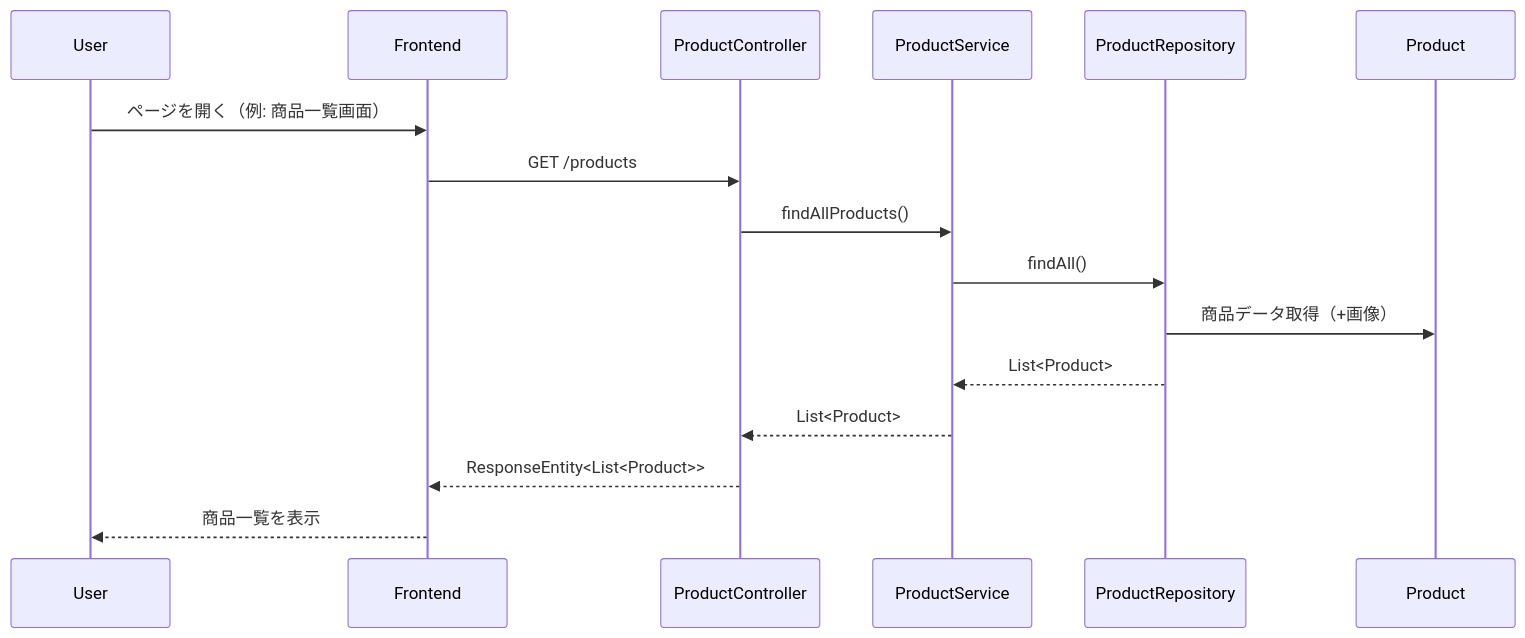
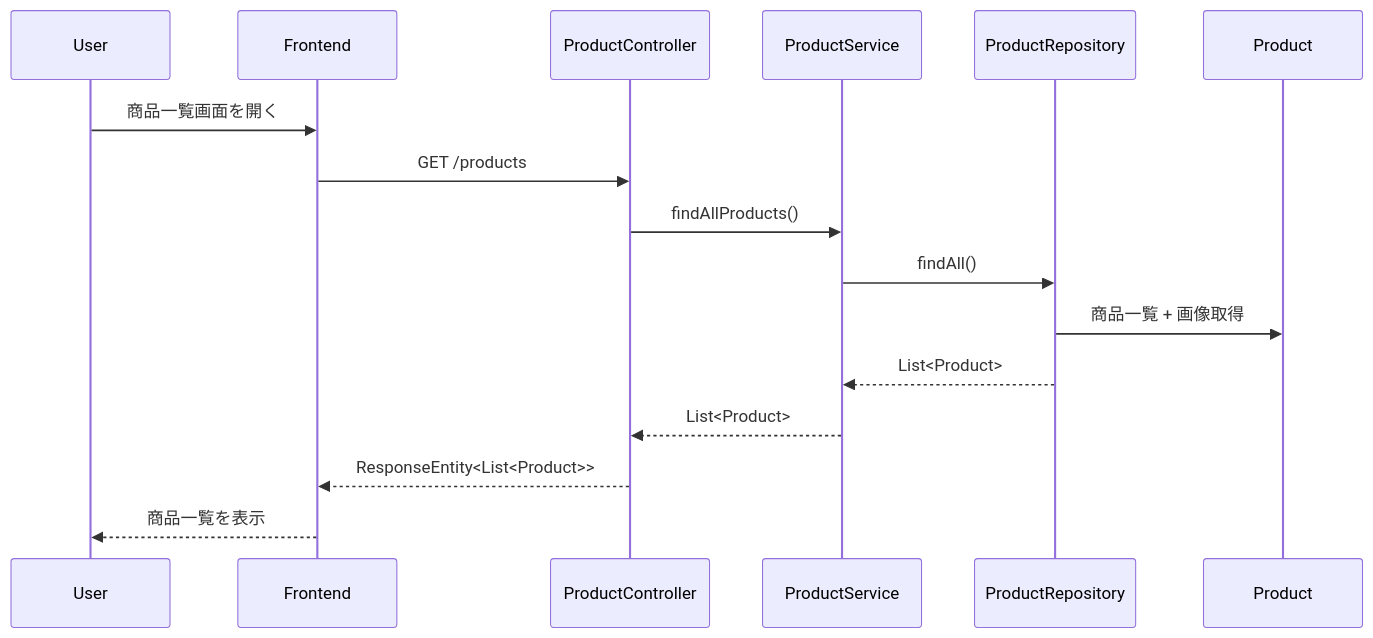
Before and after one commit to ainaga09/ACE: the first of 3 diagrams in 詳細設計/シークエンス図.md, drawn with Mermaid. The commit also changed other lines of this file, not shown here.

```diff
--- a/詳細設計/シークエンス図.md
+++ b/詳細設計/シークエンス図.md
@@ -2,21 +2,21 @@
 <div class="mermaid">
 sequenceDiagram
     participant User
     participant Frontend
     participant ProductController
     participant ProductService
     participant ProductRepository
     participant Product
 
-    User->>Frontend: ページを開く（例: 商品一覧画面）
+    User->>Frontend: 商品一覧画面を開く
     Frontend->>ProductController: GET /products
     ProductController->>ProductService: findAllProducts()
     ProductService->>ProductRepository: findAll()
-    ProductRepository->>Product: 商品データ取得（+画像）
-
+    ProductRepository->>Product: 商品一覧 + 画像取得
     ProductRepository-->>ProductService: List<Product>
     ProductService-->>ProductController: List<Product>
     ProductController-->>Frontend: ResponseEntity<List<Product>>
     Frontend-->>User: 商品一覧を表示
 
+
 </div>
```
